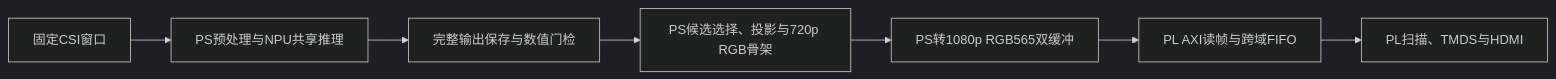
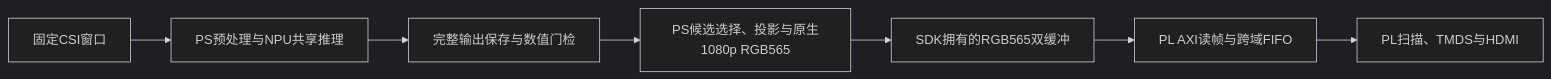
One commit to cenyongdong/FPGACompetitionProject changed the diagram in FPGA/hdmi_candidate/INTEGRATION.md. Above: the diagram before and after it, drawn with Mermaid (dark theme). The commit also changed other lines of this file and 517 other files, not shown here.

````diff
--- a/FPGA/hdmi_candidate/INTEGRATION.md
+++ b/FPGA/hdmi_candidate/INTEGRATION.md
@@ -11,9 +11,9 @@
 ```mermaid
 flowchart LR
     A[固定CSI窗口] --> B[PS预处理与NPU共享推理]
     B --> C[完整输出保存与数值门检]
-    C --> D[PS候选选择、投影与720p RGB骨架]
-    D --> E[PS转1080p RGB565双缓冲]
+    C --> D[PS候选选择、投影与原生1080p RGB565]
+    D --> E[SDK拥有的RGB565双缓冲]
     E --> F[PL AXI读帧与跨域FIFO]
     F --> G[PL扫描、TMDS与HDMI]
 ```
````
